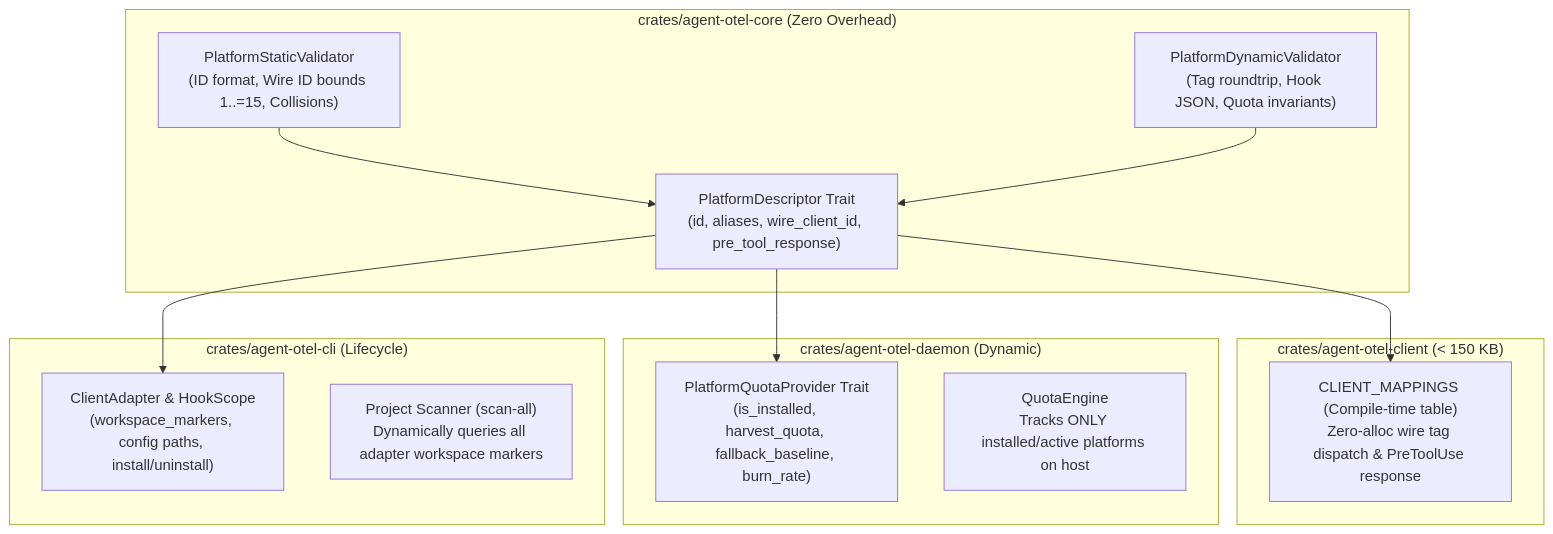
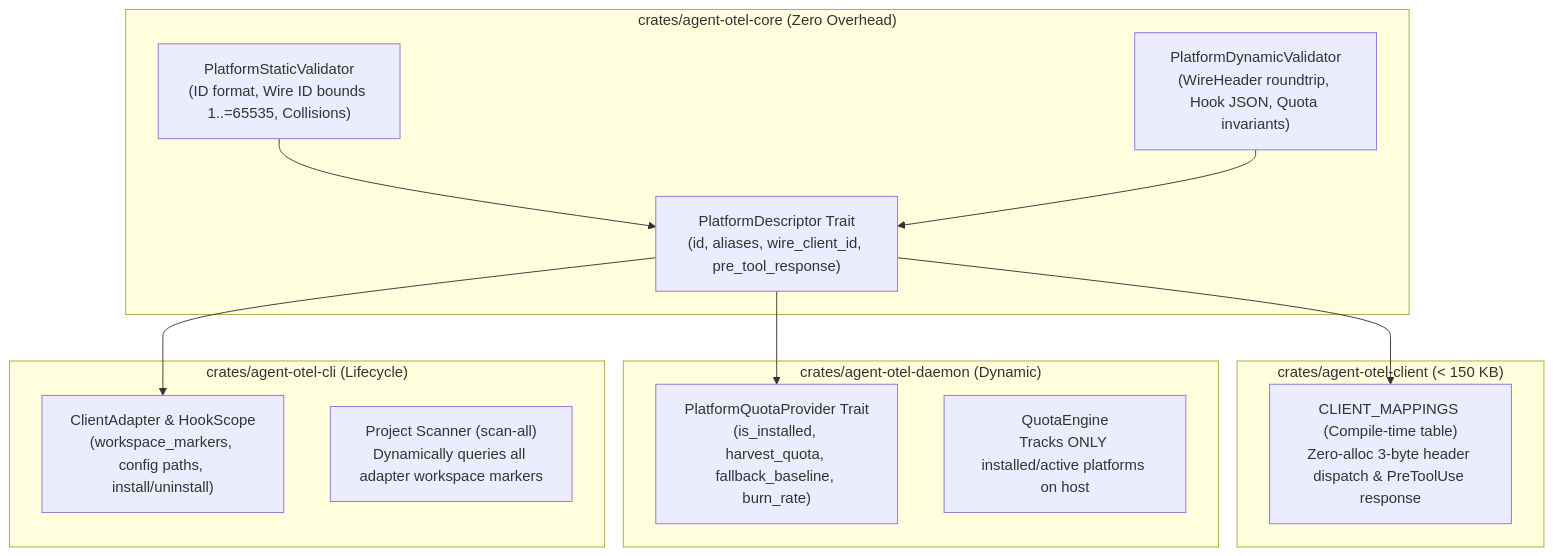
One commit to smota/agent-otel-bridge changed the diagram in docs/CLIENTS.md. Above: the diagram before and after it, drawn with Mermaid. The commit also changed other lines of this file and 18 other files, not shown here.

````diff
--- a/docs/CLIENTS.md
+++ b/docs/CLIENTS.md
@@ -398,28 +400,28 @@
 ```mermaid
 graph TB
     subgraph Core["crates/agent-otel-core (Zero Overhead)"]
         PD["PlatformDescriptor Trait<br/>(id, aliases, wire_client_id, pre_tool_response)"]
-        SV["PlatformStaticValidator<br/>(ID format, Wire ID bounds 1..=15, Collisions)"]
-        DV["PlatformDynamicValidator<br/>(Tag roundtrip, Hook JSON, Quota invariants)"]
+        SV["PlatformStaticValidator<br/>(ID format, Wire ID bounds 1..=65535, Collisions)"]
+        DV["PlatformDynamicValidator<br/>(WireHeader roundtrip, Hook JSON, Quota invariants)"]
     end
 
     subgraph Client["crates/agent-otel-client (< 150 KB)"]
-        CM["CLIENT_MAPPINGS (Compile-time table)<br/>Zero-alloc wire tag dispatch & PreToolUse response"]
+        CM["CLIENT_MAPPINGS (Compile-time table)<br/>Zero-alloc 3-byte header dispatch & PreToolUse response"]
     end
 
     subgraph Daemon["crates/agent-otel-daemon (Dynamic)"]
         PQP["PlatformQuotaProvider Trait<br/>(is_installed, harvest_quota, fallback_baseline, burn_rate)"]
         QE["QuotaEngine<br/>Tracks ONLY installed/active platforms on host"]
     end
 
     subgraph CLI["crates/agent-otel-cli (Lifecycle)"]
         PHA["ClientAdapter & HookScope<br/>(workspace_markers, config paths, install/uninstall)"]
         SCAN["Project Scanner (scan-all)<br/>Dynamically queries all adapter workspace markers"]
     end
 
     PD --> CM
     PD --> PQP
     PD --> PHA
     SV --> PD
     DV --> PD
 ```
````
